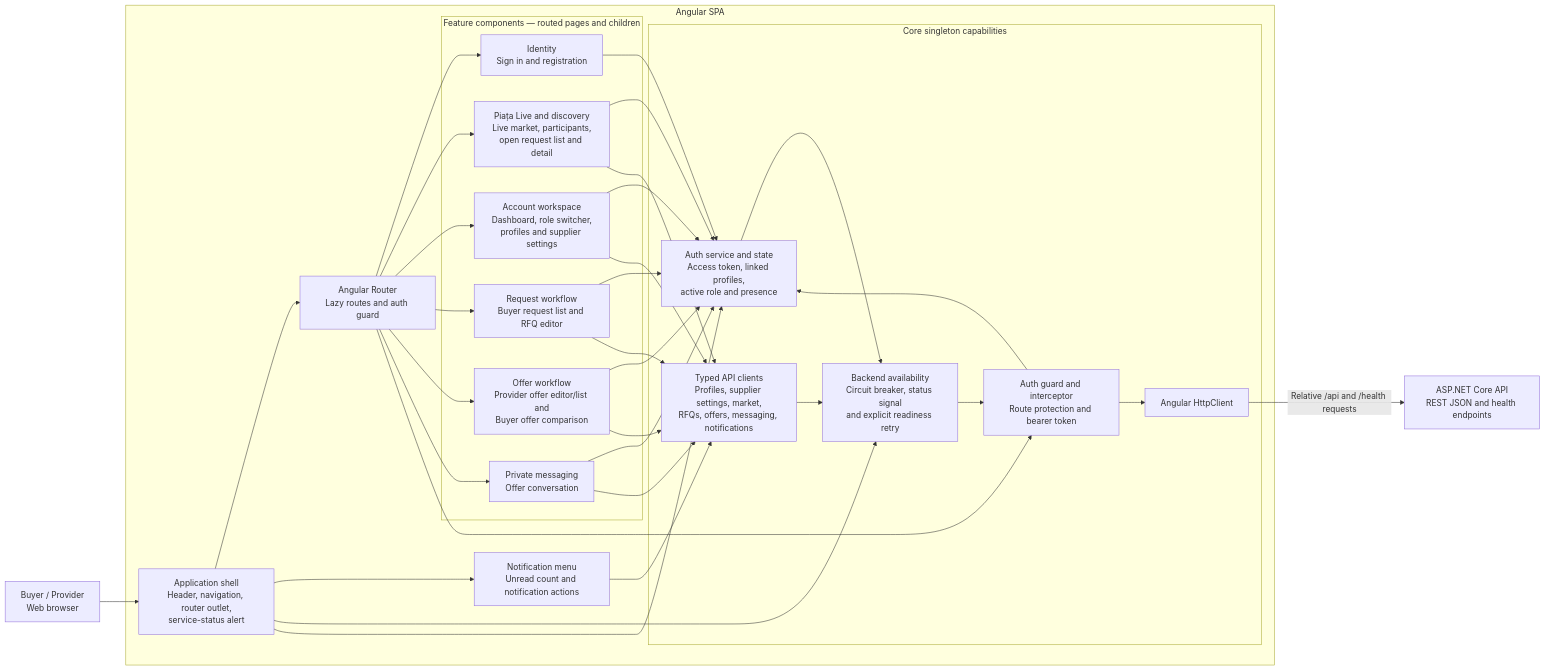
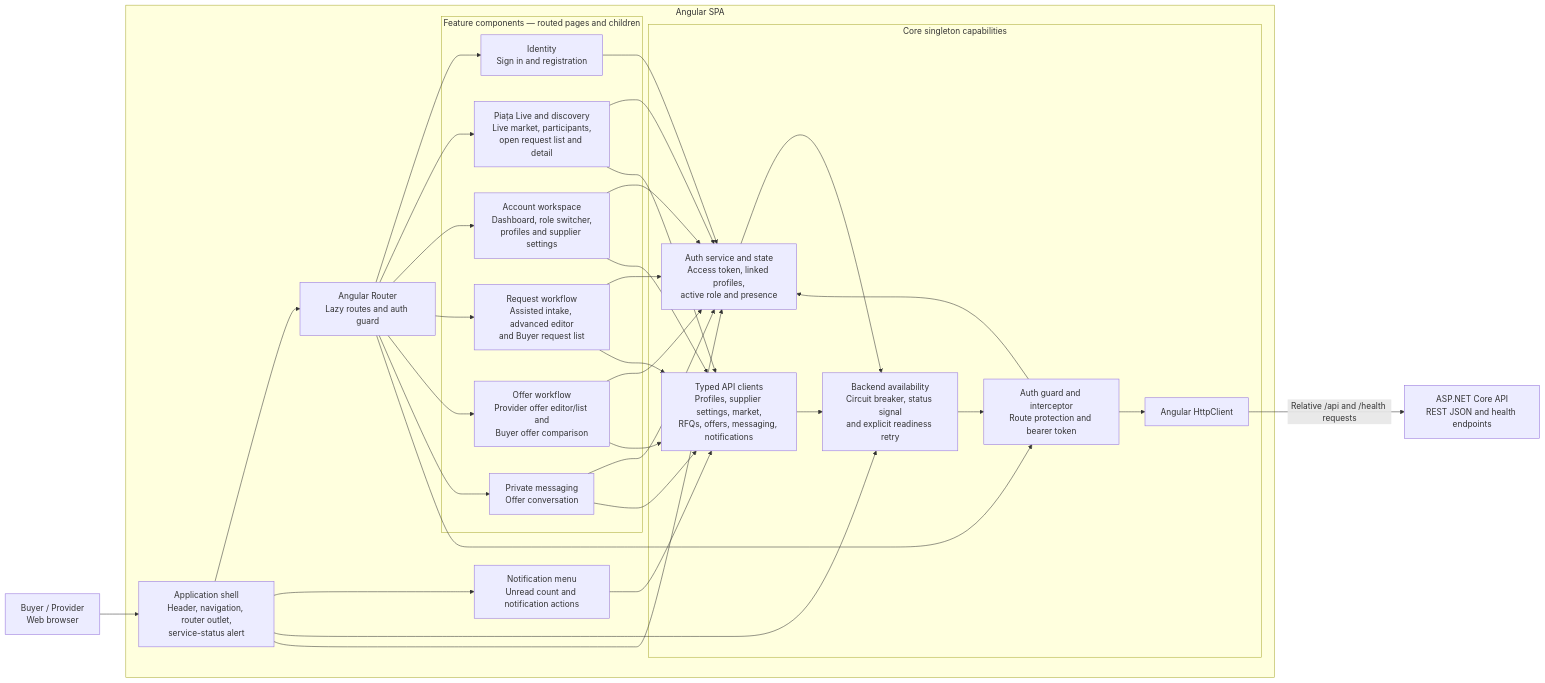
One commit to john4ani/rfq-marketplace changed the diagram in docs/architecture/c4-component-frontend.md. Above: the diagram before and after it, drawn with Mermaid. The commit also changed other lines of this file and 46 other files, not shown here.

First line of the commit message:
feat: add AI-assisted procurement intake

````diff
--- a/docs/architecture/c4-component-frontend.md
+++ b/docs/architecture/c4-component-frontend.md
@@ -12,64 +12,64 @@
 ```mermaid
 flowchart LR
     user["Buyer / Provider<br/>Web browser"]
     api["ASP.NET Core API<br/>REST JSON and health endpoints"]
 
     subgraph Spa["Angular SPA"]
         shell["Application shell<br/>Header, navigation, router outlet,<br/>service-status alert"]
         router["Angular Router<br/>Lazy routes and auth guard"]
 
         subgraph Features["Feature components — routed pages and children"]
             identity["Identity<br/>Sign in and registration"]
             landing["Piața Live and discovery<br/>Live market, participants,<br/>open request list and detail"]
             account["Account workspace<br/>Dashboard, role switcher,<br/>profiles and supplier settings"]
-            requests["Request workflow<br/>Buyer request list and RFQ editor"]
+            requests["Request workflow<br/>Assisted intake, advanced editor<br/>and Buyer request list"]
             offers["Offer workflow<br/>Provider offer editor/list and<br/>Buyer offer comparison"]
             messaging["Private messaging<br/>Offer conversation"]
         end
 
         notifications["Notification menu<br/>Unread count and notification actions"]
 
         subgraph Core["Core singleton capabilities"]
             auth["Auth service and state<br/>Access token, linked profiles,<br/>active role and presence"]
             clients["Typed API clients<br/>Profiles, supplier settings, market,<br/>RFQs, offers, messaging, notifications"]
             authPipeline["Auth guard and interceptor<br/>Route protection and bearer token"]
             availability["Backend availability<br/>Circuit breaker, status signal<br/>and explicit readiness retry"]
             http["Angular HttpClient"]
         end
     end
 
     user --> shell
     shell --> router
     shell --> notifications
     shell --> availability
 
     router --> identity
     router --> landing
     router --> account
     router --> requests
     router --> offers
     router --> messaging
     router --> authPipeline
 
     shell --> auth
     identity --> auth
     landing --> auth
     account --> auth
     requests --> auth
     offers --> auth
     messaging --> auth
     authPipeline --> auth
 
     landing --> clients
     account --> clients
     requests --> clients
     offers --> clients
     messaging --> clients
     notifications --> clients
 
     clients --> availability
     auth --> availability
     availability --> authPipeline
     authPipeline --> http
     http -->|"Relative /api and /health requests"| api
 ```
````
